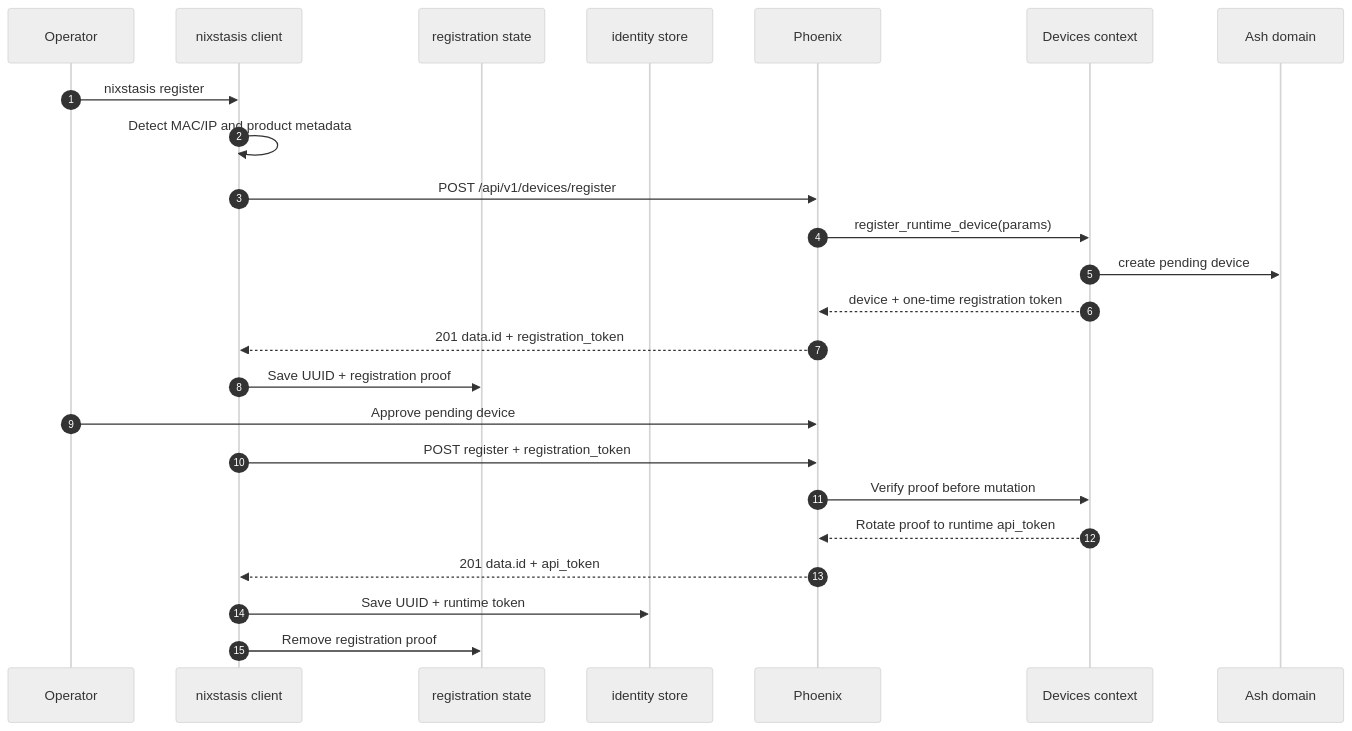
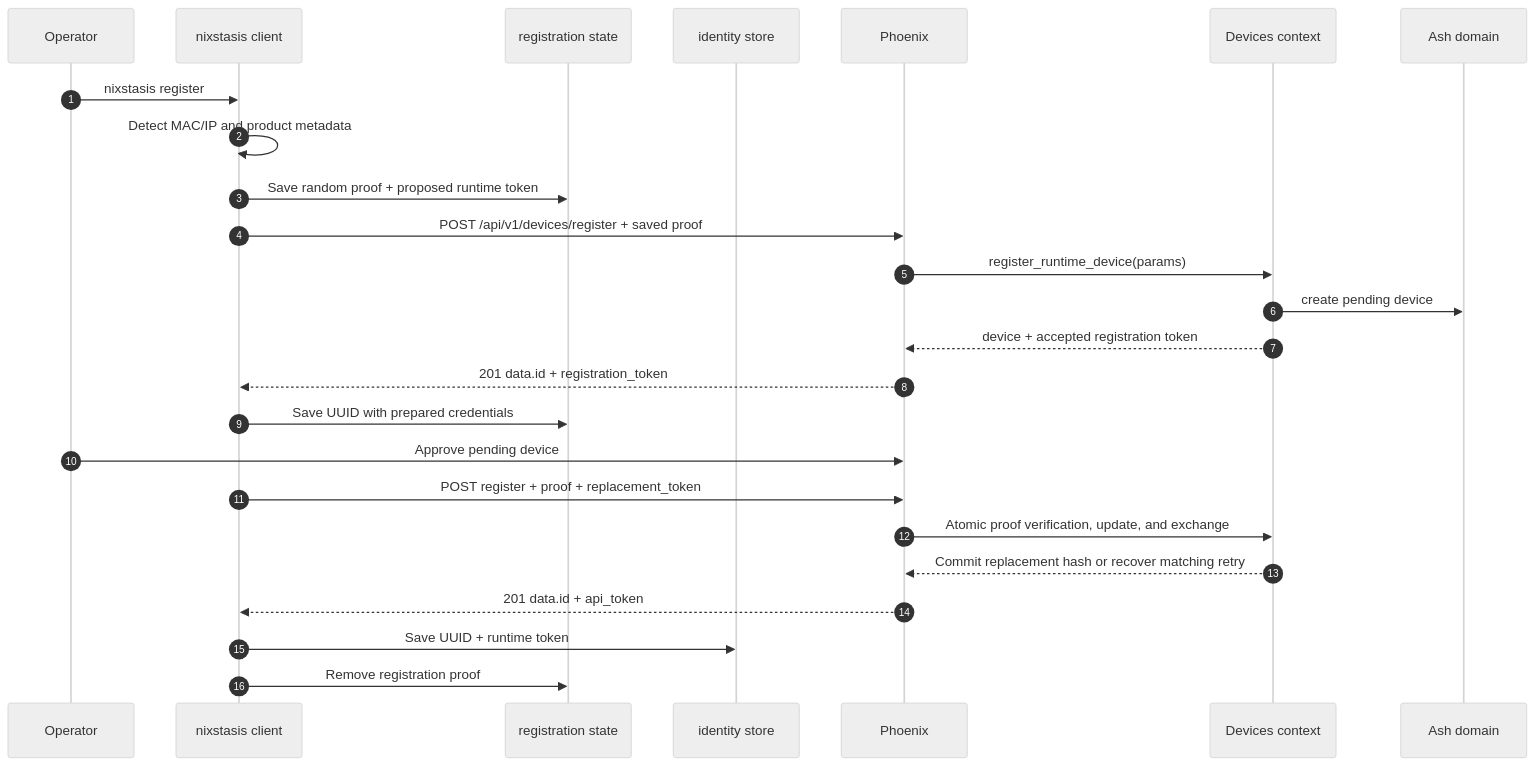
One commit to RobertDeRose/Nixstasis changed the first of 5 diagrams in docs/src/data-flow.md. Above: the diagram before and after it, drawn with Mermaid (neutral theme). The commit also changed other lines of this file and 31 other files, not shown here.

First line of the commit message:
fix(repo): Make device enrollment atomic and retry-safe

````diff
--- a/docs/src/data-flow.md
+++ b/docs/src/data-flow.md
@@ -5,27 +5,28 @@
 ```mermaid
 sequenceDiagram
     autonumber
     participant Operator
     participant Client as nixstasis client
     participant Pending as registration state
     participant Identity as identity store
     participant Phoenix
     participant Devices as Devices context
     participant Domain as Ash domain
 
     Operator->>Client: nixstasis register
     Client->>Client: Detect MAC/IP and product metadata
-    Client->>Phoenix: POST /api/v1/devices/register
+    Client->>Pending: Save random proof + proposed runtime token
+    Client->>Phoenix: POST /api/v1/devices/register + saved proof
     Phoenix->>Devices: register_runtime_device(params)
     Devices->>Domain: create pending device
-    Devices-->>Phoenix: device + one-time registration token
+    Devices-->>Phoenix: device + accepted registration token
     Phoenix-->>Client: 201 data.id + registration_token
-    Client->>Pending: Save UUID + registration proof
+    Client->>Pending: Save UUID with prepared credentials
     Operator->>Phoenix: Approve pending device
-    Client->>Phoenix: POST register + registration_token
-    Phoenix->>Devices: Verify proof before mutation
-    Devices-->>Phoenix: Rotate proof to runtime api_token
+    Client->>Phoenix: POST register + proof + replacement_token
+    Phoenix->>Devices: Atomic proof verification, update, and exchange
+    Devices-->>Phoenix: Commit replacement hash or recover matching retry
     Phoenix-->>Client: 201 data.id + api_token
     Client->>Identity: Save UUID + runtime token
     Client->>Pending: Remove registration proof
 ```
````
